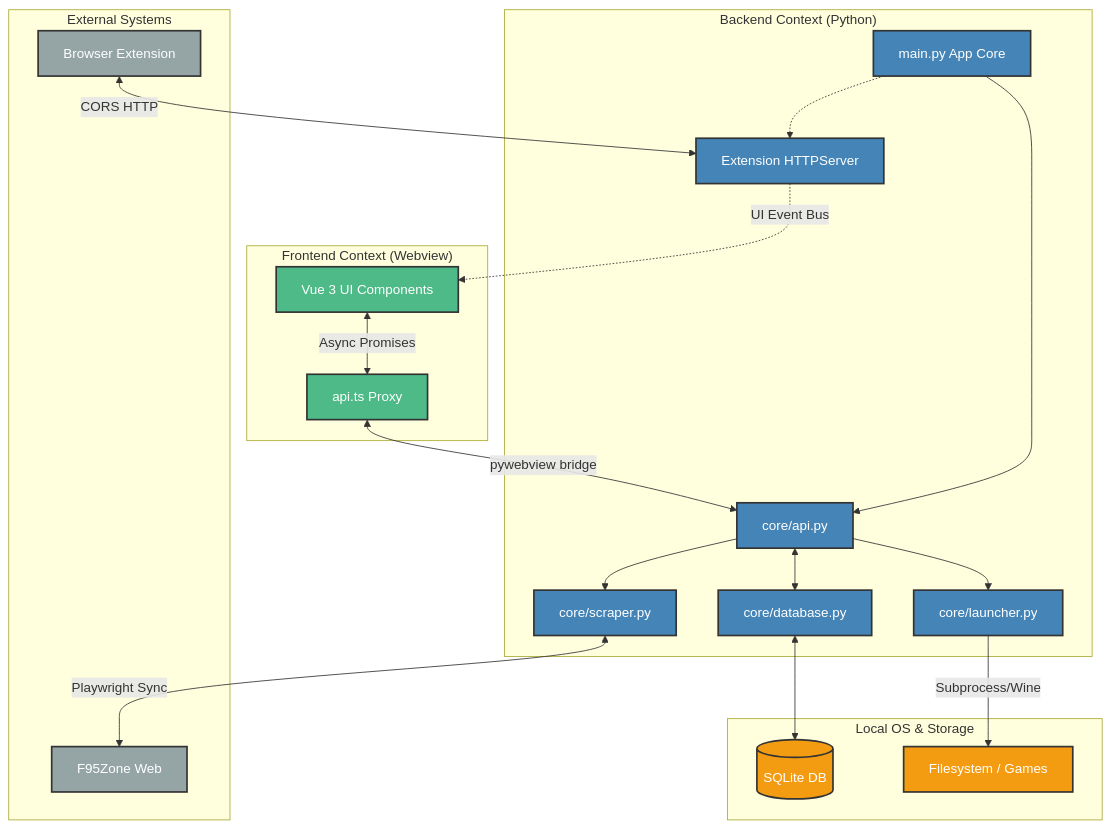
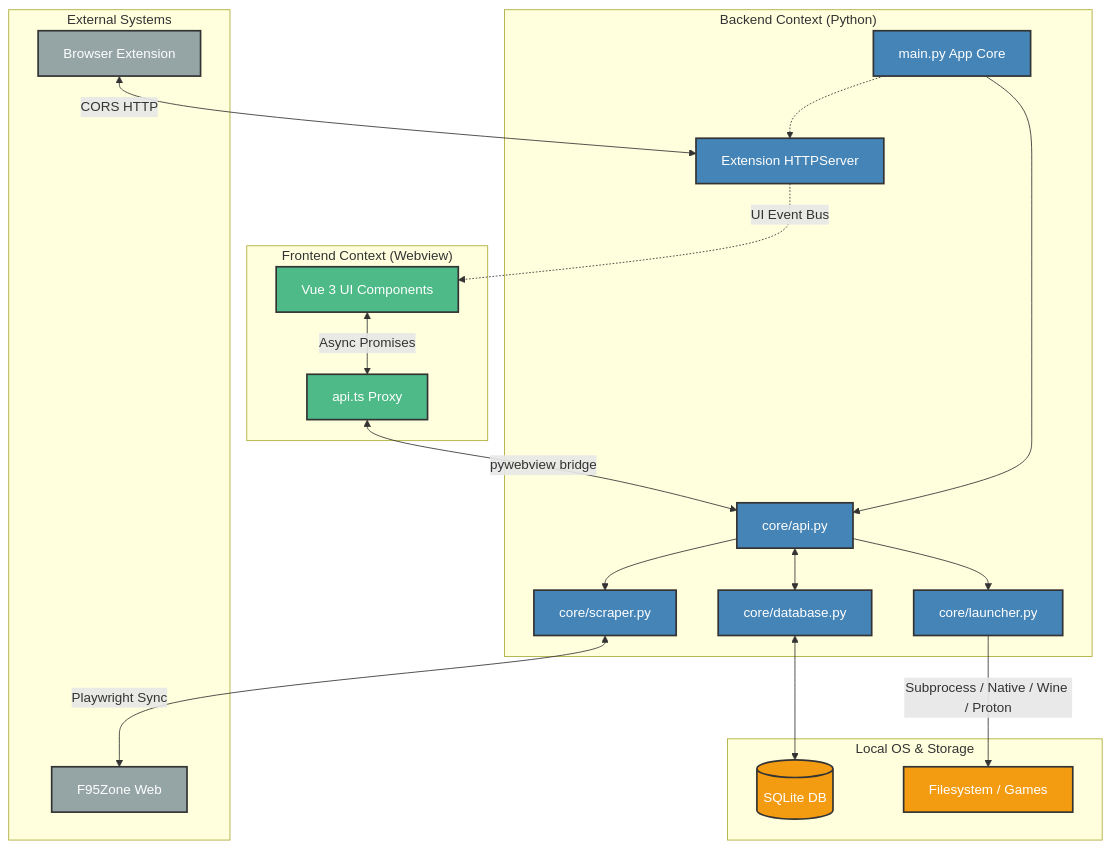
One commit to kirin-3/wLib changed the diagram in docs/architecture.md. Above: the diagram before and after it, drawn with Mermaid. The commit also changed 16 other files, not shown here.

````diff
--- a/docs/architecture.md
+++ b/docs/architecture.md
@@ -7,50 +7,50 @@
 ```mermaid
 flowchart TD
     %% Define Styles
     classDef frontend fill:#4dba87,stroke:#333,stroke-width:2px,color:#fff;
     classDef backend fill:#4584b6,stroke:#333,stroke-width:2px,color:#fff;
     classDef storage fill:#f39c12,stroke:#333,stroke-width:2px,color:#fff;
     classDef external fill:#95a5a6,stroke:#333,stroke-width:2px,color:#fff;
 
     %% Components
     subgraph "Frontend Context (Webview)"
         UI[Vue 3 UI Components]:::frontend
         API_TS[api.ts Proxy]:::frontend
     end
 
     subgraph "Backend Context (Python)"
         MAIN[main.py App Core]:::backend
         API_PY[core/api.py]:::backend
         DB[core/database.py]:::backend
         SCRAPER[core/scraper.py]:::backend
         LAUNCHER[core/launcher.py]:::backend
         EXT_SERVER[Extension HTTPServer]:::backend
     end
 
     subgraph "Local OS & Storage"
         SQLITE[(SQLite DB)]:::storage
         FS[Filesystem / Games]:::storage
     end
 
     subgraph "External Systems"
         F95[F95Zone Web]:::external
         EXT[Browser Extension]:::external
     end
 
     %% Flow
     UI <-->|Async Promises| API_TS
     API_TS <-->|pywebview bridge| API_PY
     
     API_PY <--> DB
     API_PY --> SCRAPER
     API_PY --> LAUNCHER
     MAIN --> API_PY
     MAIN -.-> EXT_SERVER
 
     DB <--> SQLITE
     SCRAPER <-->|Playwright Sync| F95
-    LAUNCHER -->|Subprocess/Wine| FS
+    LAUNCHER -->|Subprocess / Native / Wine / Proton| FS
     
     EXT <-->|CORS HTTP| EXT_SERVER
     EXT_SERVER -.->|UI Event Bus| UI
 ```
````
